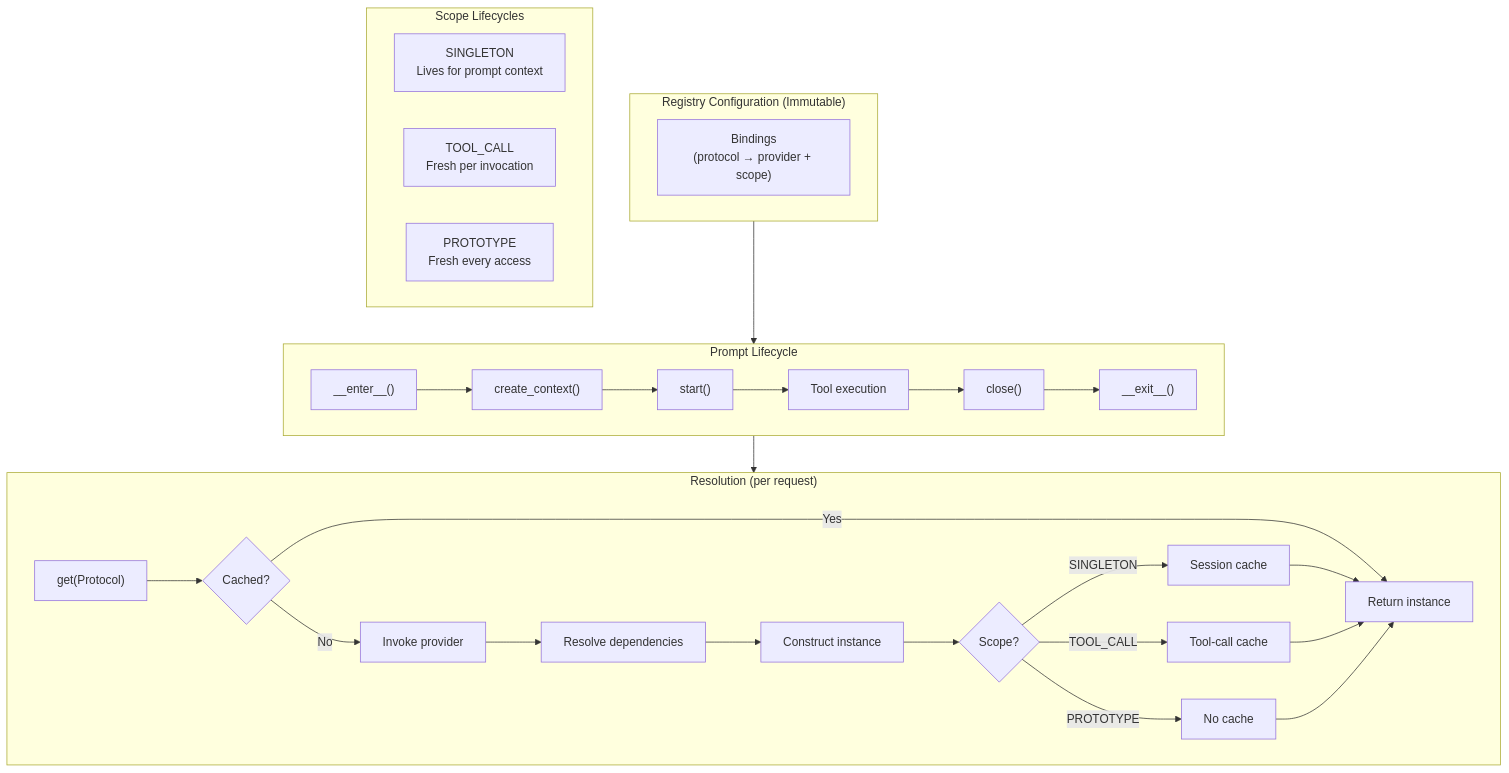
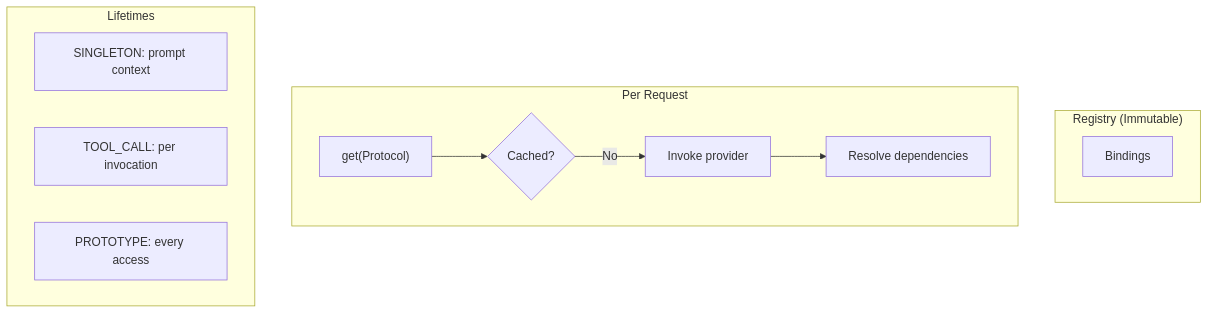
Before and after one commit to weakincentives/weakincentives: the diagram in specs/RESOURCE_REGISTRY.md, drawn with Mermaid. The commit also changed other lines of this file and 34 other files, not shown here.

````diff
--- a/specs/RESOURCE_REGISTRY.md
+++ b/specs/RESOURCE_REGISTRY.md
@@ -23,40 +15,16 @@
 ```mermaid
 flowchart TB
-    subgraph Configuration["Registry Configuration (Immutable)"]
-        Bindings["Bindings<br/>(protocol → provider + scope)"]
+    subgraph Config["Registry (Immutable)"]
+        Bindings["Bindings"]
     end
-
-    subgraph Prompt["Prompt Lifecycle"]
-        Enter["__enter__()"]
-        Create["create_context()"]
-        Start["start()"]
-        Use["Tool execution"]
-        Close["close()"]
-        Exit["__exit__()"]
+    subgraph Resolution["Per Request"]
+        Get["get(Protocol)"] --> Cache{"Cached?"}
+        Cache -->|No| Resolve["Invoke provider"]
+        Resolve --> Deps["Resolve dependencies"]
     end
-
-    subgraph Resolution["Resolution (per request)"]
-        Get["get(Protocol)"] --> Check{"Cached?"}
-        Check -->|Yes| Return["Return instance"]
-        Check -->|No| Resolve["Invoke provider"]
-        Resolve --> Deps["Resolve dependencies"]
-        Deps --> Construct["Construct instance"]
-        Construct --> Cache{"Scope?"}
-        Cache -->|SINGLETON| SingletonCache["Session cache"]
-        Cache -->|TOOL_CALL| ToolCache["Tool-call cache"]
-        Cache -->|PROTOTYPE| NoCache["No cache"]
-        SingletonCache --> Return
-        ToolCache --> Return
-        NoCache --> Return
+    subgraph Scopes["Lifetimes"]
+        S["SINGLETON: prompt context"]
+        T["TOOL_CALL: per invocation"]
+        P["PROTOTYPE: every access"]
     end
-
-    subgraph Scopes["Scope Lifecycles"]
-        Singleton["SINGLETON<br/>Lives for prompt context"]
-        ToolCall["TOOL_CALL<br/>Fresh per invocation"]
-        Prototype["PROTOTYPE<br/>Fresh every access"]
-    end
-
-    Configuration --> Prompt
-    Prompt --> Resolution
-    Enter --> Create --> Start --> Use --> Close --> Exit
 ```
````
